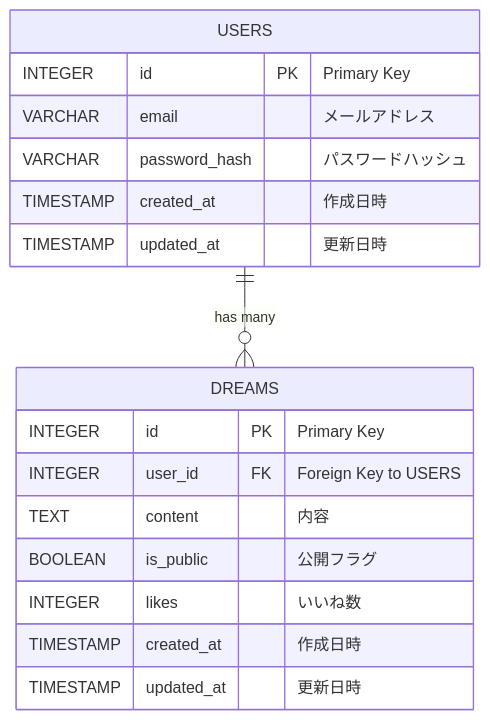
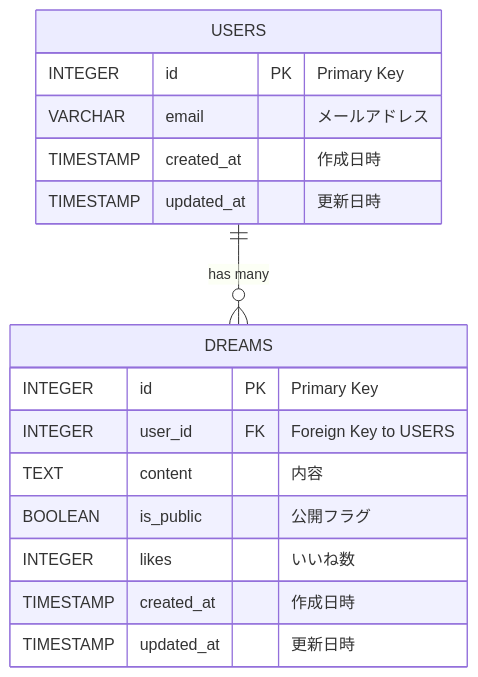
The diagram in README.md (JS-Ninjaaaa/dream-base), drawn with Mermaid before and after one commit.

Commit message:
Update whole readme

````diff
--- a/README.md
+++ b/README.md
@@ -49,20 +49,19 @@
 ```mermaid
 erDiagram
     USERS {
         INTEGER id PK "Primary Key"
         VARCHAR email "メールアドレス"
-        VARCHAR password_hash "パスワードハッシュ"
         TIMESTAMP created_at "作成日時"
         TIMESTAMP updated_at "更新日時"
     }
     DREAMS {
         INTEGER id PK "Primary Key"
         INTEGER user_id FK "Foreign Key to USERS"
         TEXT content "内容"
         BOOLEAN is_public "公開フラグ"
         INTEGER likes "いいね数"
         TIMESTAMP created_at "作成日時"
         TIMESTAMP updated_at "更新日時"
     }
     USERS ||--o{ DREAMS : "has many"
 ```
````
